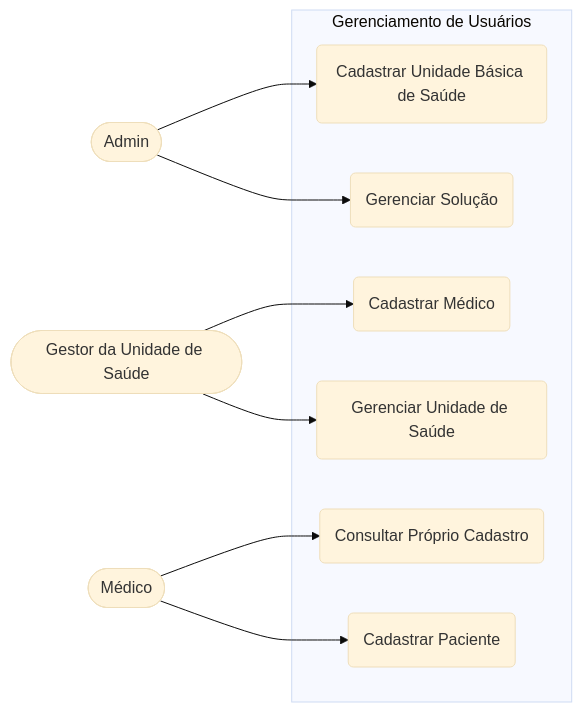
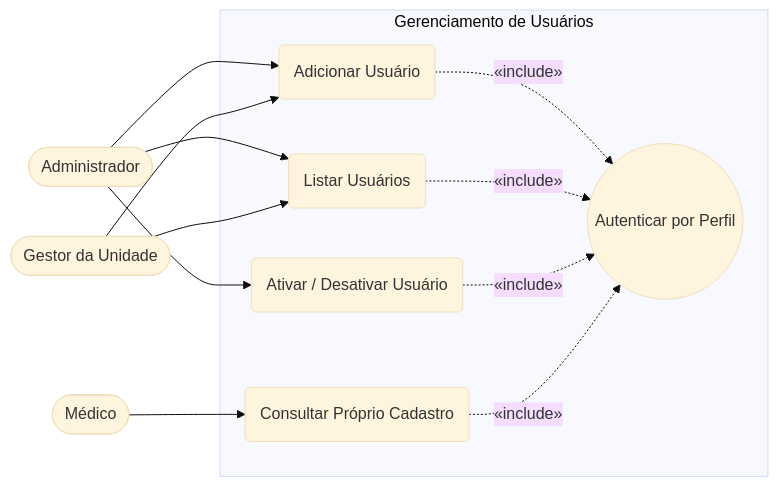
One commit to jonatahpfg/Trabalho-app-apoio-saude changed the first of 2 diagrams in docs/diagramas-sistema.md. Above: the diagram before and after it, drawn with Mermaid (base theme). The commit also changed other lines of this file, not shown here.

First line of the commit message:
docs(diagramas): revisar casos de uso e classe de analise

````diff
--- a/docs/diagramas-sistema.md
+++ b/docs/diagramas-sistema.md
@@ -9,24 +25,28 @@
 ```mermaid
 flowchart LR
-    Admin([Admin])
-    Gestor([Gestor da Unidade de Saúde])
+    Admin([Administrador])
+    Gestor([Gestor da Unidade])
     Medico([Médico])
 
-    subgraph Gerenciamento de Usuários
-        UC1(Cadastrar Unidade Básica de Saúde)
-        UC2(Gerenciar Solução)
-        UC3(Cadastrar Médico)
-        UC4(Gerenciar Unidade de Saúde)
-        UC5(Consultar Próprio Cadastro)
-        UC6(Cadastrar Paciente)
+    subgraph SGU[Gerenciamento de Usuários]
+        UC_AUTH(("Autenticar por Perfil"))
+        UC_ADD("Adicionar Usuário")
+        UC_LIST("Listar Usuários")
+        UC_TOGGLE("Ativar / Desativar Usuário")
+        UC_SELF("Consultar Próprio Cadastro")
     end
 
-    Admin --> UC1
-    Admin --> UC2
+    Admin --> UC_ADD
+    Admin --> UC_LIST
+    Admin --> UC_TOGGLE
 
-    Gestor --> UC3
-    Gestor --> UC4
+    Gestor --> UC_ADD
+    Gestor --> UC_LIST
 
-    Medico --> UC5
-    Medico --> UC6
+    Medico --> UC_SELF
+
+    UC_ADD -.->|"«include»"| UC_AUTH
+    UC_LIST -.->|"«include»"| UC_AUTH
+    UC_TOGGLE -.->|"«include»"| UC_AUTH
+    UC_SELF -.->|"«include»"| UC_AUTH
 ```
````
